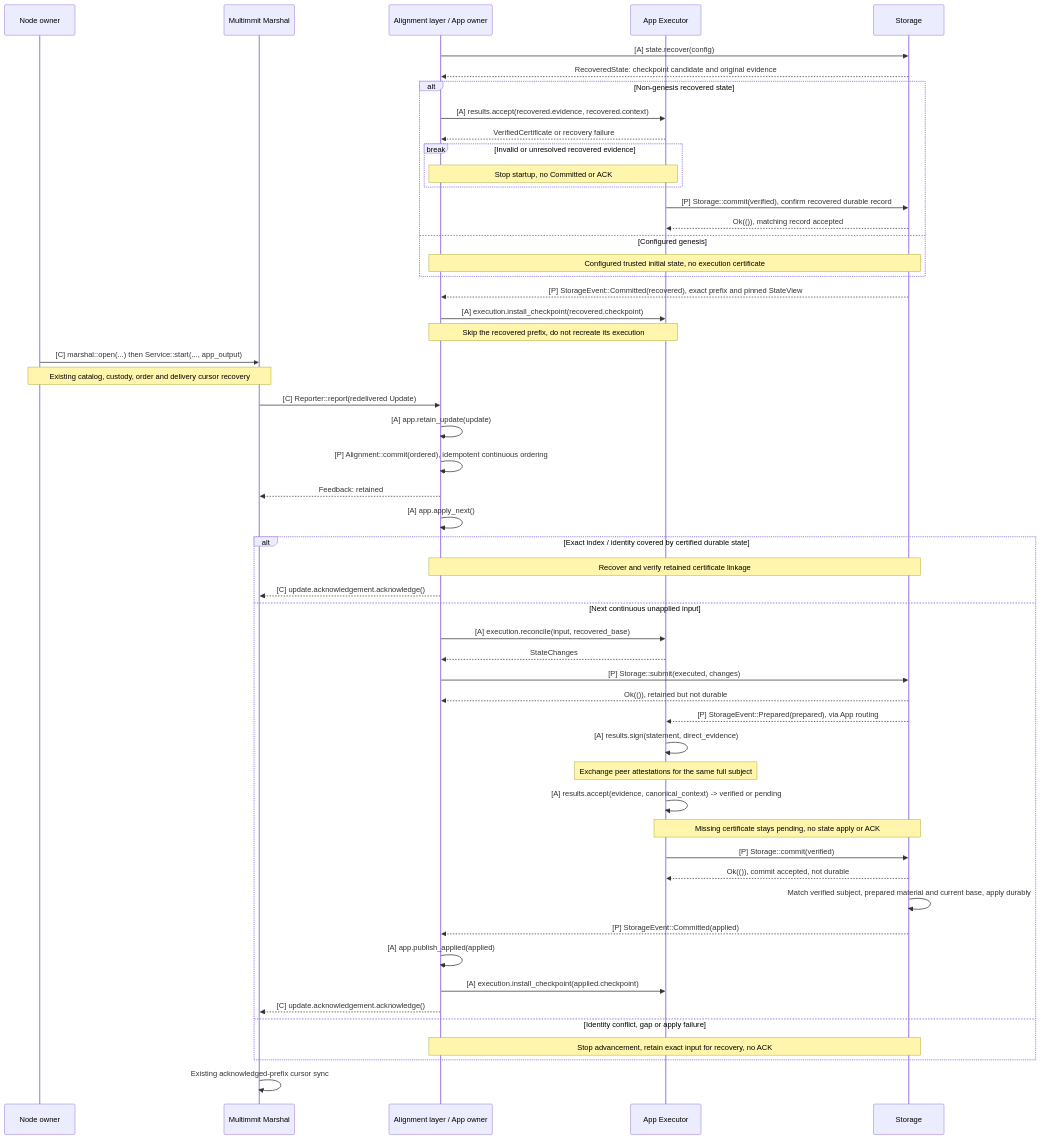
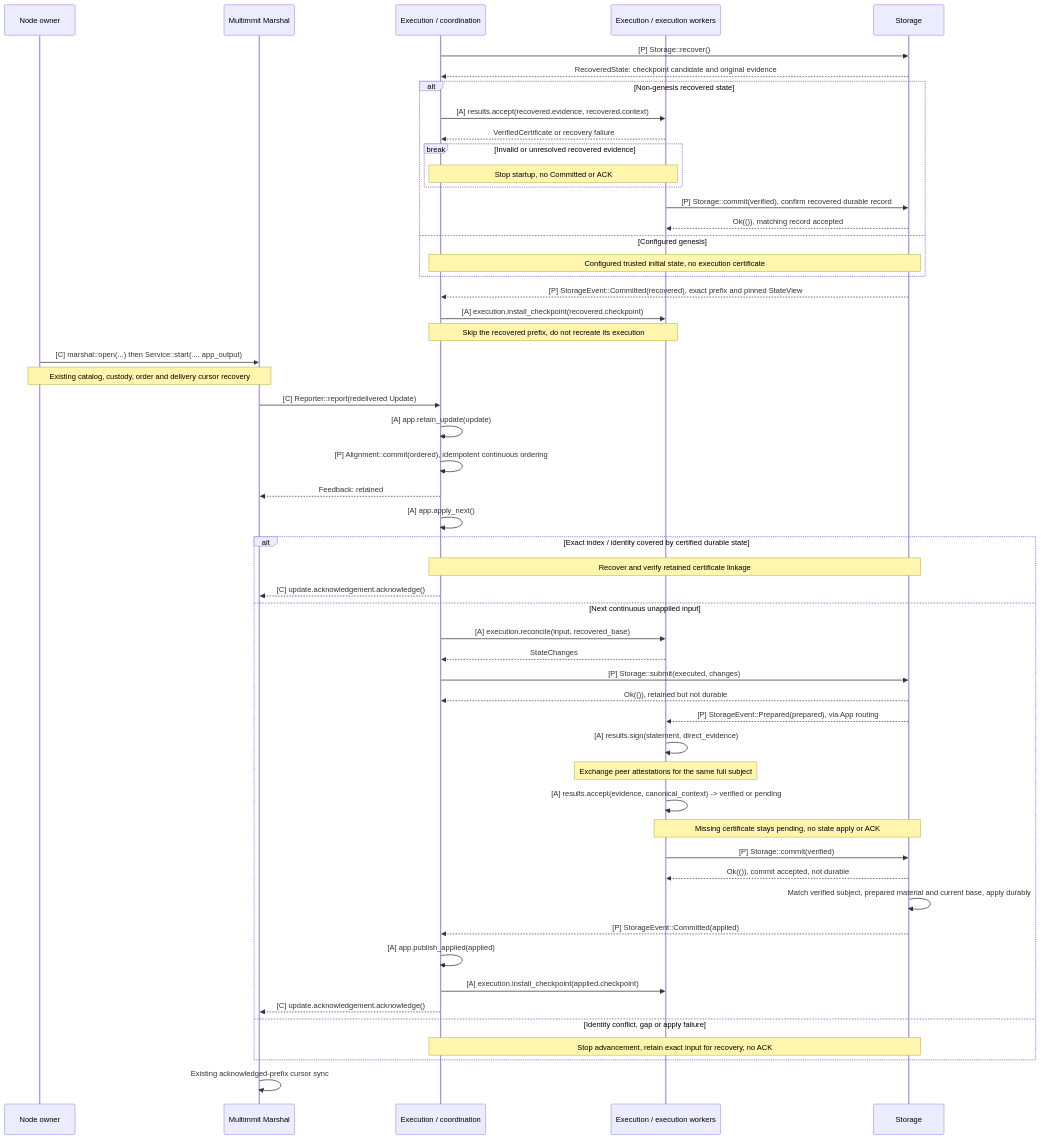
One commit to djm07073/baton changed the diagram in docs/assets/diagrams/diagram-10.mmd. Above: the diagram before and after it, drawn with Mermaid. The commit also changed 4086 other files, not shown here.

```diff
--- a/docs/assets/diagrams/diagram-10.mmd
+++ b/docs/assets/diagrams/diagram-10.mmd
@@ -1,53 +1,53 @@
 sequenceDiagram
     participant O as Node owner
     participant M as Multimmit Marshal
-    participant A as Alignment layer / App owner
-    participant E as App Executor
+    participant A as Execution / coordination
+    participant E as Execution / execution workers
     participant S as Storage
-    A->>S: [A] state.recover(config)
+    A->>S: [P] Storage::recover()
     S-->>A: RecoveredState: checkpoint candidate and original evidence
     alt Non-genesis recovered state
         A->>E: [A] results.accept(recovered.evidence, recovered.context)
         E-->>A: VerifiedCertificate or recovery failure
         break Invalid or unresolved recovered evidence
             Note over A,E: Stop startup, no Committed or ACK
         end
         E->>S: [P] Storage::commit(verified), confirm recovered durable record
         S-->>E: Ok(()), matching record accepted
     else Configured genesis
         Note over A,S: Configured trusted initial state, no execution certificate
     end
     S-->>A: [P] StorageEvent::Committed(recovered), exact prefix and pinned StateView
     A->>E: [A] execution.install_checkpoint(recovered.checkpoint)
     Note over A,E: Skip the recovered prefix, do not recreate its execution
     O->>M: [C] marshal::open(...) then Service::start(..., app_output)
     Note over O,M: Existing catalog, custody, order and delivery cursor recovery
     M->>A: [C] Reporter::report(redelivered Update)
     A->>A: [A] app.retain_update(update)
     A->>A: [P] Alignment::commit(ordered), idempotent continuous ordering
     A-->>M: Feedback: retained
     A->>A: [A] app.apply_next()
     alt Exact index / identity covered by certified durable state
         Note over A,S: Recover and verify retained certificate linkage
         A-->>M: [C] update.acknowledgement.acknowledge()
     else Next continuous unapplied input
         A->>E: [A] execution.reconcile(input, recovered_base)
         E-->>A: StateChanges
         A->>S: [P] Storage::submit(executed, changes)
         S-->>A: Ok(()), retained but not durable
         S-->>E: [P] StorageEvent::Prepared(prepared), via App routing
         E->>E: [A] results.sign(statement, direct_evidence)
         Note over E: Exchange peer attestations for the same full subject
         E->>E: [A] results.accept(evidence, canonical_context) -> verified or pending
         Note over E,S: Missing certificate stays pending, no state apply or ACK
         E->>S: [P] Storage::commit(verified)
         S-->>E: Ok(()), commit accepted, not durable
         S->>S: Match verified subject, prepared material and current base, apply durably
         S-->>A: [P] StorageEvent::Committed(applied)
         A->>A: [A] app.publish_applied(applied)
         A->>E: [A] execution.install_checkpoint(applied.checkpoint)
         A-->>M: [C] update.acknowledgement.acknowledge()
     else Identity conflict, gap or apply failure
         Note over A,S: Stop advancement, retain exact input for recovery, no ACK
     end
     M->>M: Existing acknowledged-prefix cursor sync
```
